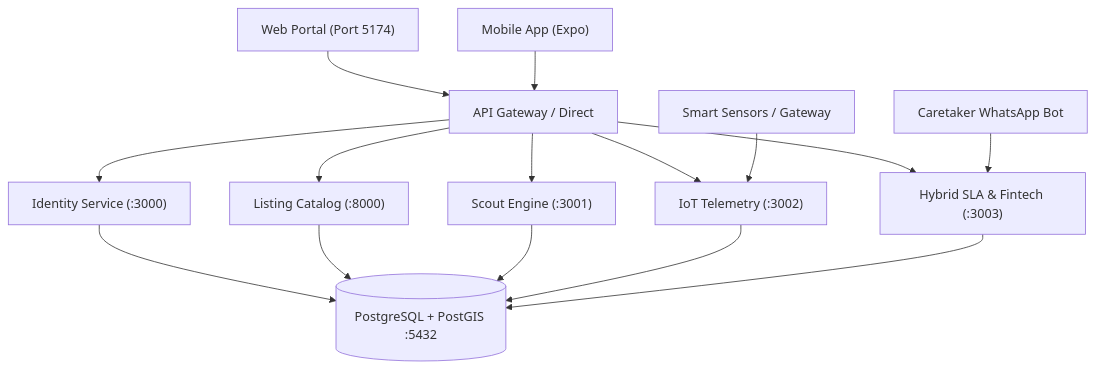
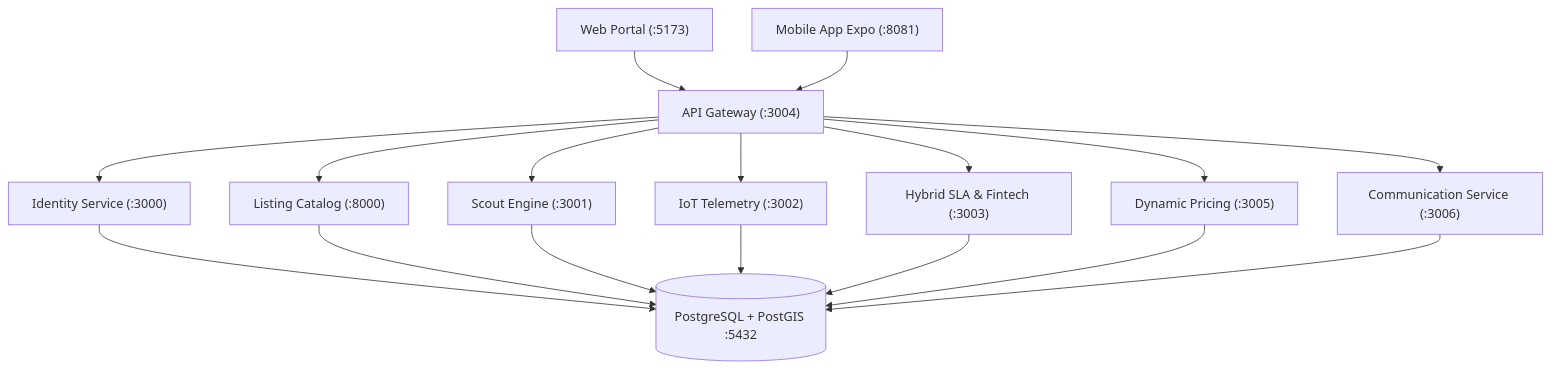
One commit to kayzredman/flex-living changed the diagram in TECH_STACK_PLAYBOOK.md. Above: the diagram before and after it, drawn with Mermaid. The commit also changed other lines of this file and 2 other files, not shown here.

````diff
--- a/TECH_STACK_PLAYBOOK.md
+++ b/TECH_STACK_PLAYBOOK.md
@@ -30,20 +32,21 @@
 ```mermaid
 graph TD
-    ClientWeb["Web Portal (Port 5174)"] --> Gateway["API Gateway / Direct"]
-    ClientMobile["Mobile App (Expo)"] --> Gateway
+    ClientWeb["Web Portal (:5173)"] --> Gateway["API Gateway (:3004)"]
+    ClientMobile["Mobile App Expo (:8081)"] --> Gateway
     
     Gateway --> SvcAuth["Identity Service (:3000)"]
     Gateway --> SvcListings["Listing Catalog (:8000)"]
     Gateway --> SvcScout["Scout Engine (:3001)"]
     Gateway --> SvcIoT["IoT Telemetry (:3002)"]
     Gateway --> SvcHybrid["Hybrid SLA & Fintech (:3003)"]
+    Gateway --> SvcPricing["Dynamic Pricing (:3005)"]
+    Gateway --> SvcComms["Communication Service (:3006)"]
 
     SvcAuth --> DB[(PostgreSQL + PostGIS :5432)]
     SvcListings --> DB
     SvcScout --> DB
     SvcIoT --> DB
     SvcHybrid --> DB
-
-    IoTDevices["Smart Sensors / Gateway"] --> SvcIoT
-    CaretakerWA["Caretaker WhatsApp Bot"] --> SvcHybrid
+    SvcPricing --> DB
+    SvcComms --> DB
 ```
````
